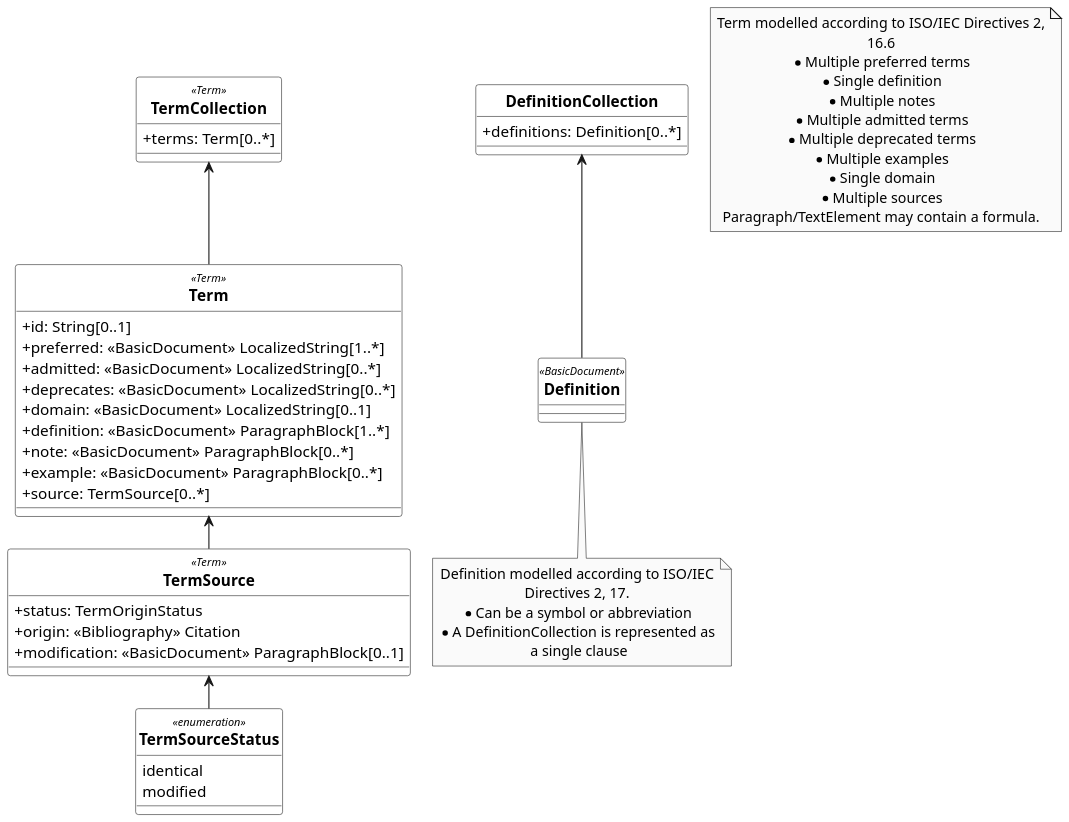
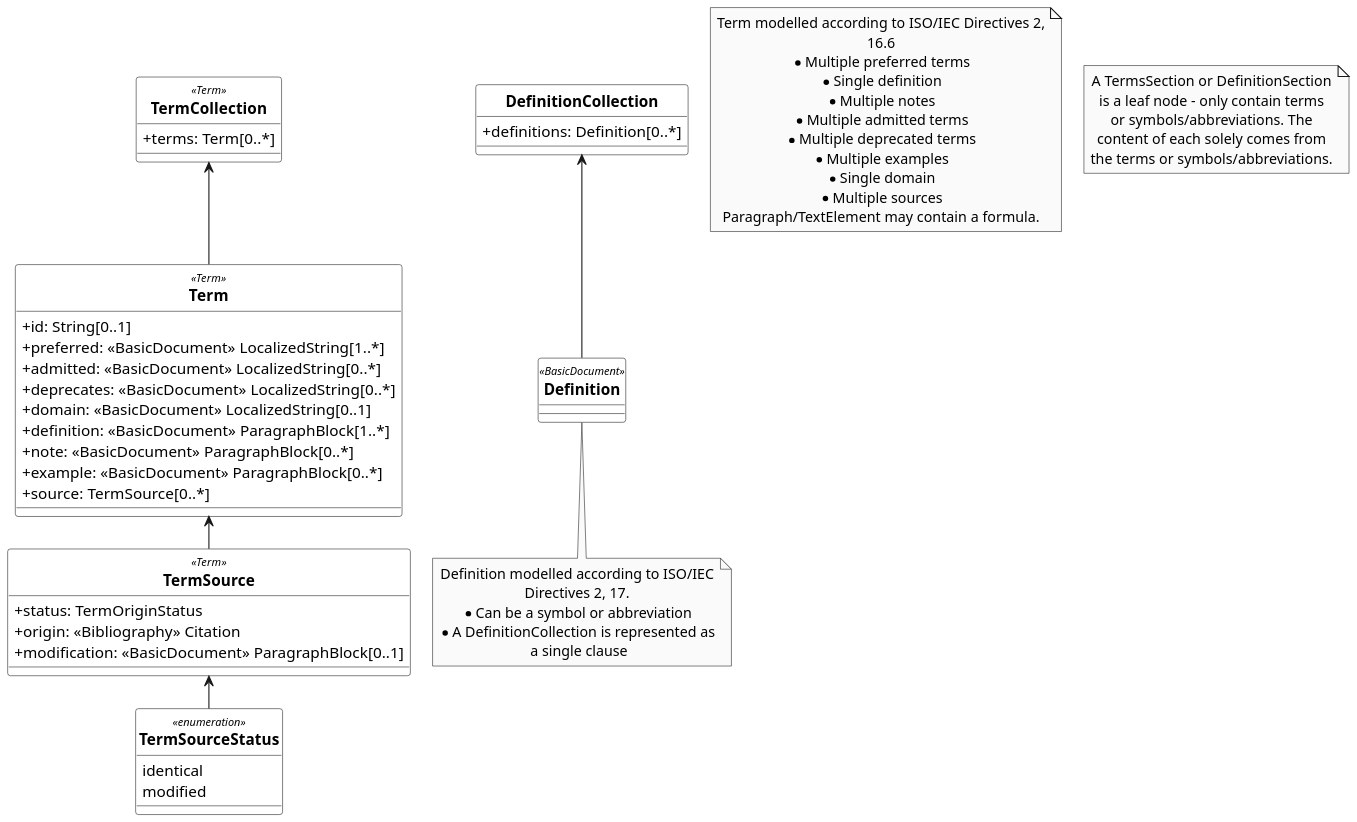
Before and after one commit to CalConnect/csd-standard-doc: the diagram in standoc_uml/StandardDoc_Terms.wsd, drawn with PlantUML. The commit also changed 9 other files, not shown here.

```diff
--- a/standoc_uml/StandardDoc_Terms.wsd
+++ b/standoc_uml/StandardDoc_Terms.wsd
@@ -1,108 +1,109 @@
 @startuml StandardDoc_Terms
 /'
 Diagram:        StandardDoc_Terms
 DateCreate:     22/08/2018
 Description:    Metanorma StandardDocument ("StanDoc") is a family of document models that forms the basis of Metanorma IsoDoc, which is used to represent 
                 ISO Standards and similarly structured standards. It itself is an instantiation of BasicDocument (BasicDoc)
                 It is one of the document models that Selagraph operates on.
                 Metanorma StandardDocument itself is a document model can form the basis of multiple standard document types, including:
                 
                 - ISO Standards
                 - CSD Standards
                 - Chinese Standards (GB and family)
                 
                 The Relaton Bibliography UML models used within these models are located here: Relaton BibModels
 
 Hystory of changes:
 > DD/MM/YYYY
     - 
     - 
 '/
 
 '******* CONFIGURATION ************************************************
 skinparam classAttributeIconSize 0
 skinparam Dpi 150
 skinparam Monochrome true
 skinparam LineType ortho
 skinparam nodesep 20
 skinparam ranksep 30
 hide circle
 /' skinparam CircledCharacterRadius 0 '/
 /' skinparam CircledCharacterFontSize 0 '/
 skinparam Default {
 TextAlignment center
 FontName Helvetica
 }
 skinparam Class {
 AttributeIconSize 0
 BackgroundColor White
 FontStyle bold
 StereotypeFontSize 10
 }
 skinparam Rectangle {
 BackgroundColor White
 FontStyle bold
 FontSize 11
 StereotypeFontSize 10
 }
 skinparam Object {
 BackgroundColor White
 FontStyle bold
 FontSize 11
 StereotypeFontSize 10
 }
 
 skinparam Entity {
 StereotypeFontSize 10
 }
 
 '******* CLASS DEFINITION *********************************************
 class TermCollection <<Term>> {
     +terms: Term[0..*]
 }
 
 class Term <<Term>> {
     +id: String[0..1]
     +preferred: <<BasicDocument>> LocalizedString[1..*]
     +admitted: <<BasicDocument>> LocalizedString[0..*]
     +deprecates: <<BasicDocument>> LocalizedString[0..*]
     +domain: <<BasicDocument>> LocalizedString[0..1]
     +definition: <<BasicDocument>> ParagraphBlock[1..*]
     +note: <<BasicDocument>> ParagraphBlock[0..*]
     +example: <<BasicDocument>> ParagraphBlock[0..*]
     +source: TermSource[0..*]
 }
 
 class TermSource <<Term>>{
     +status: TermOriginStatus
     +origin: <<Bibliography>> Citation
     +modification: <<BasicDocument>> ParagraphBlock[0..1]
 }
 
 class DefinitionCollection{
     +definitions: Definition[0..*]
 }
 
 class Definition <<BasicDocument>>{
 
 }
 
 enum TermSourceStatus <<enumeration>>{
     identical
     modified
 }
 
 '******* NOTES ********************************************************
 note "Term modelled according to ISO/IEC Directives 2,\n16.6\n* Multiple preferred terms\n* Single definition\n* Multiple notes\n* Multiple admitted terms\n* Multiple deprecated terms\n* Multiple examples\n* Single domain\n* Multiple sources\nParagraph/TextElement may contain a formula." as N1
 note bottom of Definition: Definition modelled according to ISO/IEC\nDirectives 2, 17.\n* Can be a symbol or abbreviation\n* A DefinitionCollection is represented as\n a single clause
+note "A TermsSection or DefinitionSection\nis a leaf node - only contain terms\nor symbols/abbreviations. The\ncontent of each solely comes from\nthe terms or symbols/abbreviations." as N2
 
 '******* CLASS RELATIONS **********************************************
 TermCollection <-- Term
 Term <-- TermSource
 TermSource <-- TermSourceStatus
 
 DefinitionCollection <-- Definition
 
 
 
 @enduml
```
